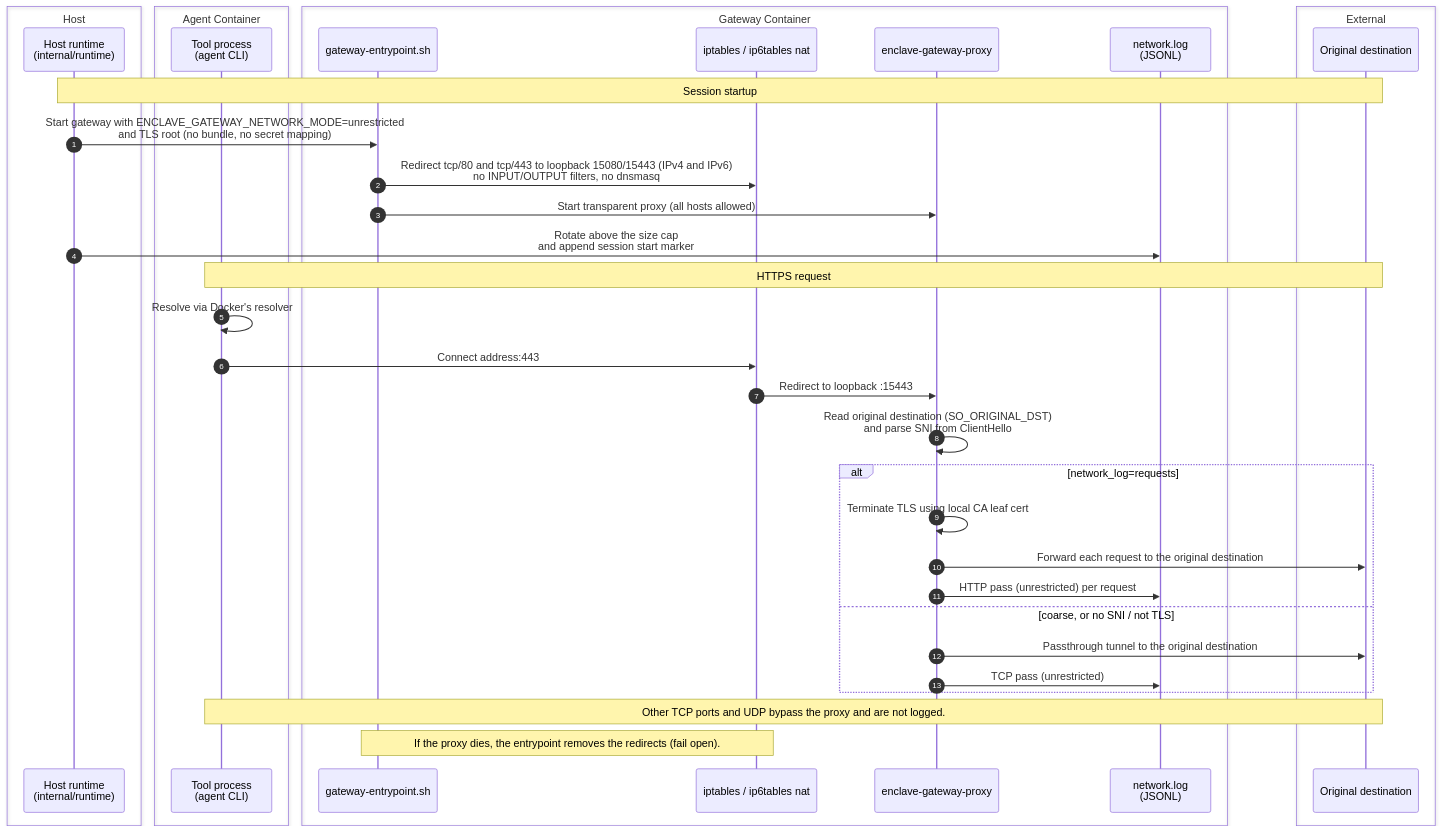
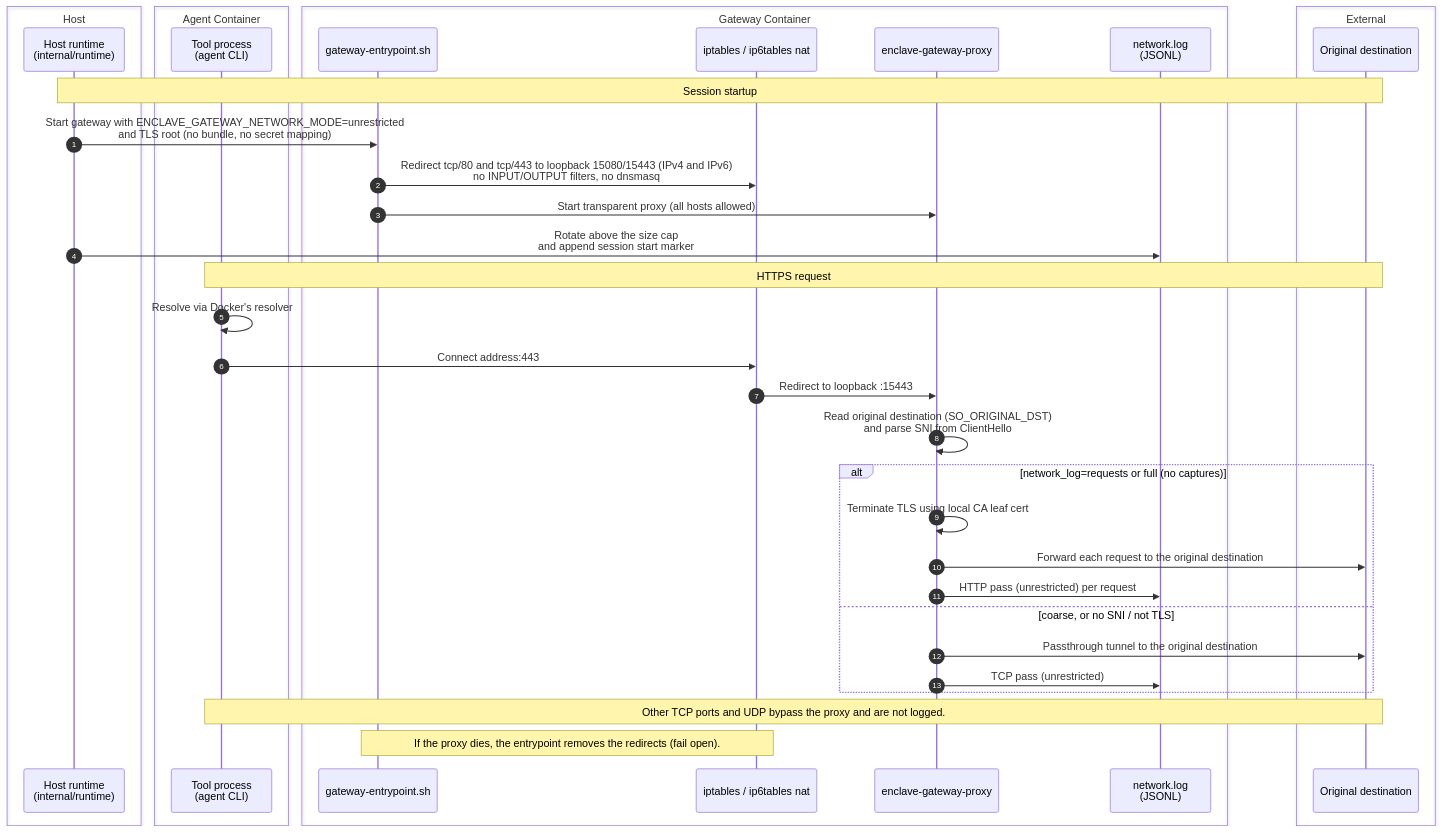
Before and after one commit to eclipse-enclave/enclave: the second of 2 diagrams in docs/runtime/network-request-flow.md, drawn with Mermaid. The commit also changed 4 other files, not shown here.

````diff
--- a/docs/runtime/network-request-flow.md
+++ b/docs/runtime/network-request-flow.md
@@ -144,42 +144,42 @@
 ```mermaid
 sequenceDiagram
     autonumber
     box Host
         participant Host as Host runtime<br/>(internal/runtime)
     end
     box Agent Container
         participant Tool as Tool process<br/>(agent CLI)
     end
     box Gateway Container
         participant Entry as gateway-entrypoint.sh
         participant NAT as iptables / ip6tables nat
         participant Proxy as enclave-gateway-proxy
         participant Log as network.log<br/>(JSONL)
     end
     box External
         participant Dst as Original destination
     end
 
     Note over Host,Dst: Session startup
     Host->>Entry: Start gateway with ENCLAVE_GATEWAY_NETWORK_MODE=unrestricted<br/>and TLS root (no bundle, no secret mapping)
     Entry->>NAT: Redirect tcp/80 and tcp/443 to loopback 15080/15443 (IPv4 and IPv6)<br/>no INPUT/OUTPUT filters, no dnsmasq
     Entry->>Proxy: Start transparent proxy (all hosts allowed)
     Host->>Log: Rotate above the size cap<br/>and append session start marker
 
     Note over Tool,Dst: HTTPS request
     Tool->>Tool: Resolve via Docker's resolver
     Tool->>NAT: Connect address:443
     NAT->>Proxy: Redirect to loopback :15443
     Proxy->>Proxy: Read original destination (SO_ORIGINAL_DST)<br/>and parse SNI from ClientHello
-    alt network_log=requests
+    alt network_log=requests or full (no captures)
         Proxy->>Proxy: Terminate TLS using local CA leaf cert
         Proxy->>Dst: Forward each request to the original destination
         Proxy->>Log: HTTP pass (unrestricted) per request
     else coarse, or no SNI / not TLS
         Proxy->>Dst: Passthrough tunnel to the original destination
         Proxy->>Log: TCP pass (unrestricted)
     end
 
     Note over Tool,Dst: Other TCP ports and UDP bypass the proxy and are not logged.
     Note over Entry,NAT: If the proxy dies, the entrypoint removes the redirects (fail open).
 ```
````
